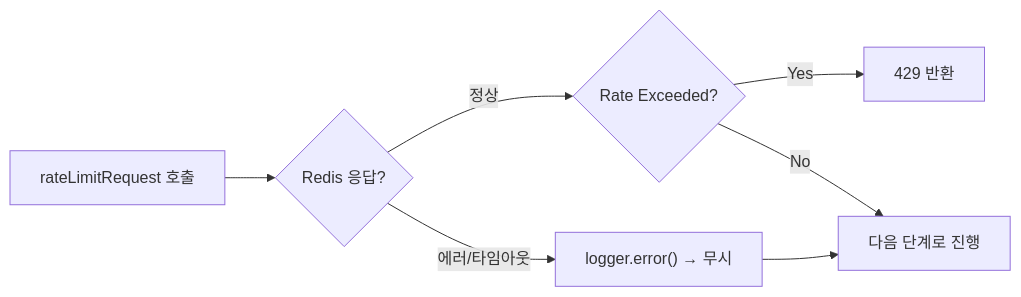
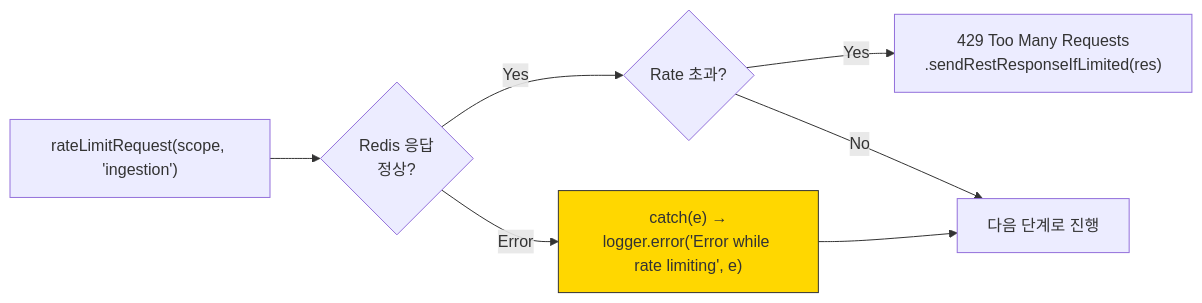
One commit to dhs-shine/langfuse changed the third of 11 diagrams in docs/50-source-analysis/10-ingestion-source-breakdown.md. Above: the diagram before and after it, drawn with Mermaid. The commit also changed other lines of this file and 3 other files, not shown here.

````diff
--- a/docs/50-source-analysis/10-ingestion-source-breakdown.md
+++ b/docs/50-source-analysis/10-ingestion-source-breakdown.md
@@ -107,9 +120,10 @@
 ```mermaid
 flowchart LR
-    A[rateLimitRequest 호출] --> B{Redis 응답?}
-    B -- 정상 --> C{Rate Exceeded?}
-    C -- Yes --> D[429 반환]
-    C -- No --> E[다음 단계로 진행]
-    B -- 에러/타임아웃 --> F["logger.error() → 무시"]
+    A["rateLimitRequest(scope, 'ingestion')"] --> B{Redis 응답<br/>정상?}
+    B -- Yes --> C{Rate 초과?}
+    C -- Yes --> D["429 Too Many Requests<br/>.sendRestResponseIfLimited(res)"]
+    C -- No --> E["다음 단계로 진행"]
+    B -- Error --> F["catch(e) →<br/>logger.error('Error while rate limiting', e)"]
     F --> E
+    style F fill:#ffd700,stroke:#333
 ```
````
